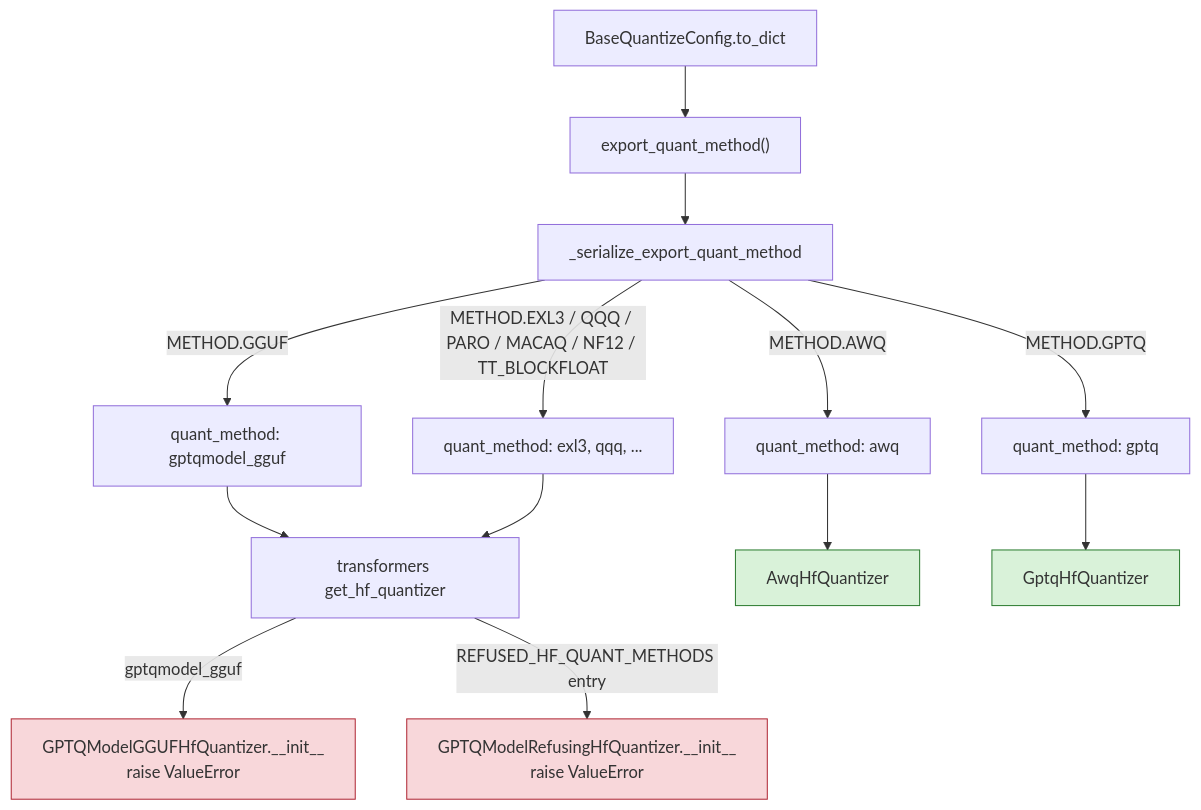
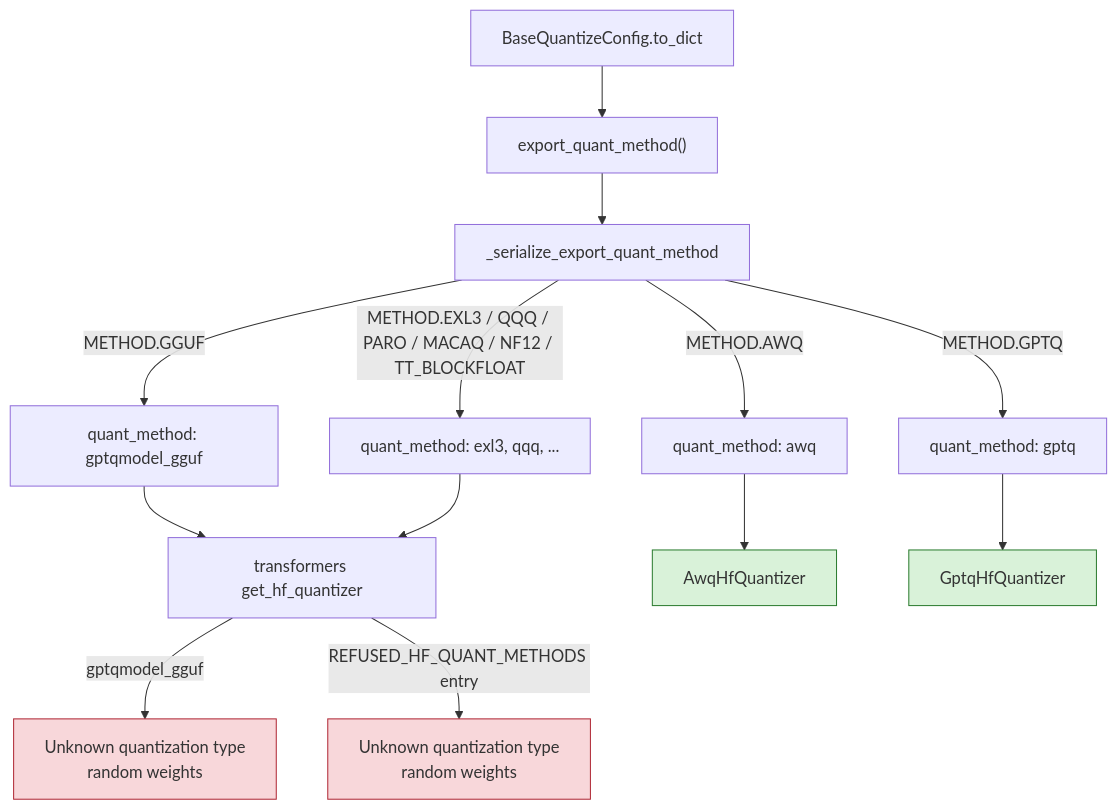
One commit to ModelCloud/GPTQModel changed diagram 14 of 19 in docs/checkpoint-interop.md. Above: the diagram before and after it, drawn with Mermaid. The commit also changed other lines of this file and 2458 other files, not shown here.

````diff
--- a/docs/checkpoint-interop.md
+++ b/docs/checkpoint-interop.md
@@ -535,19 +537,19 @@
 ```mermaid
 flowchart TD
     A["BaseQuantizeConfig.to_dict"] --> B["export_quant_method()"]
     B --> C["_serialize_export_quant_method"]
     C -- "METHOD.GGUF" --> D["quant_method: gptqmodel_gguf"]
     C -- "METHOD.AWQ" --> E["quant_method: awq"]
     C -- "METHOD.GPTQ" --> F["quant_method: gptq"]
     C -- "METHOD.EXL3 / QQQ / PARO / MACAQ / NF12 / TT_BLOCKFLOAT" --> L["quant_method: exl3, qqq, ..."]
     D --> G["transformers get_hf_quantizer"]
     L --> G
-    G -- "gptqmodel_gguf" --> H["GPTQModelGGUFHfQuantizer.__init__<br/>raise ValueError"]
-    G -- "REFUSED_HF_QUANT_METHODS entry" --> K["GPTQModelRefusingHfQuantizer.__init__<br/>raise ValueError"]
+    G -- "gptqmodel_gguf" --> H["Unknown quantization type<br/>random weights"]
+    G -- "REFUSED_HF_QUANT_METHODS entry" --> K["Unknown quantization type<br/>random weights"]
     E --> I["AwqHfQuantizer"]
     F --> J["GptqHfQuantizer"]
     style H fill:#f8d7da,stroke:#b02a37
     style K fill:#f8d7da,stroke:#b02a37
     style I fill:#d9f2d9,stroke:#2e7d32
     style J fill:#d9f2d9,stroke:#2e7d32
 ```
````
